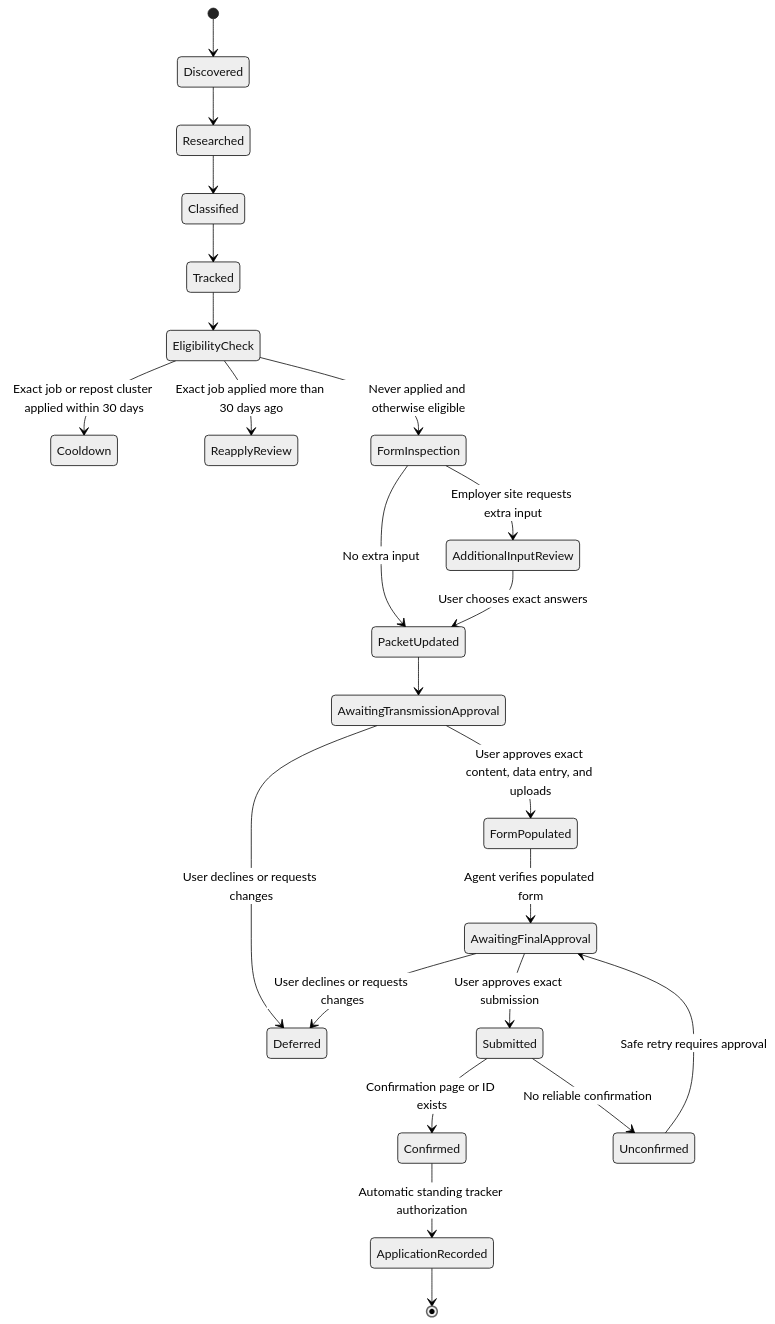
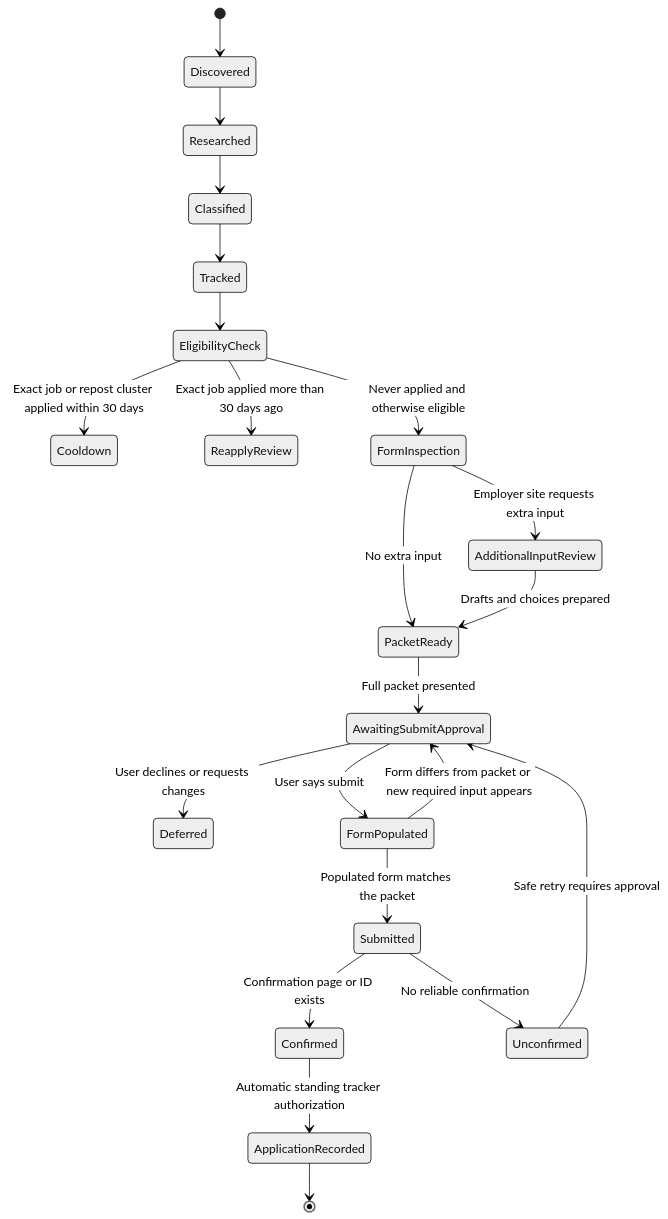
One commit to fsw0422/skills changed the first of 2 diagrams in linkedin-job-pilot/references/application-gates.md. Above: the diagram before and after it, drawn with Mermaid (neutral theme). The commit also changed other lines of this file and 3 other files, not shown here.

First line of the commit message:
feat(linkedin-job-pilot): use one submit approval per application (#5)

````diff
--- a/linkedin-job-pilot/references/application-gates.md
+++ b/linkedin-job-pilot/references/application-gates.md
@@ -7,25 +7,24 @@
 ```mermaid
 stateDiagram-v2
     [*] --> Discovered
     Discovered --> Researched
     Researched --> Classified
     Classified --> Tracked
     Tracked --> EligibilityCheck
     EligibilityCheck --> Cooldown: Exact job or repost cluster applied within 30 days
     EligibilityCheck --> ReapplyReview: Exact job applied more than 30 days ago
     EligibilityCheck --> FormInspection: Never applied and otherwise eligible
     FormInspection --> AdditionalInputReview: Employer site requests extra input
-    FormInspection --> PacketUpdated: No extra input
-    AdditionalInputReview --> PacketUpdated: User chooses exact answers
-    PacketUpdated --> AwaitingTransmissionApproval
-    AwaitingTransmissionApproval --> Deferred: User declines or requests changes
-    AwaitingTransmissionApproval --> FormPopulated: User approves exact content, data entry, and uploads
-    FormPopulated --> AwaitingFinalApproval: Agent verifies populated form
-    AwaitingFinalApproval --> Deferred: User declines or requests changes
-    AwaitingFinalApproval --> Submitted: User approves exact submission
+    FormInspection --> PacketReady: No extra input
+    AdditionalInputReview --> PacketReady: Drafts and choices prepared
+    PacketReady --> AwaitingSubmitApproval: Full packet presented
+    AwaitingSubmitApproval --> Deferred: User declines or requests changes
+    AwaitingSubmitApproval --> FormPopulated: User says submit
+    FormPopulated --> AwaitingSubmitApproval: Form differs from packet or new required input appears
+    FormPopulated --> Submitted: Populated form matches the packet
     Submitted --> Confirmed: Confirmation page or ID exists
     Submitted --> Unconfirmed: No reliable confirmation
     Confirmed --> ApplicationRecorded: Automatic standing tracker authorization
     ApplicationRecorded --> [*]
-    Unconfirmed --> AwaitingFinalApproval: Safe retry requires approval
+    Unconfirmed --> AwaitingSubmitApproval: Safe retry requires approval
 ```
````
